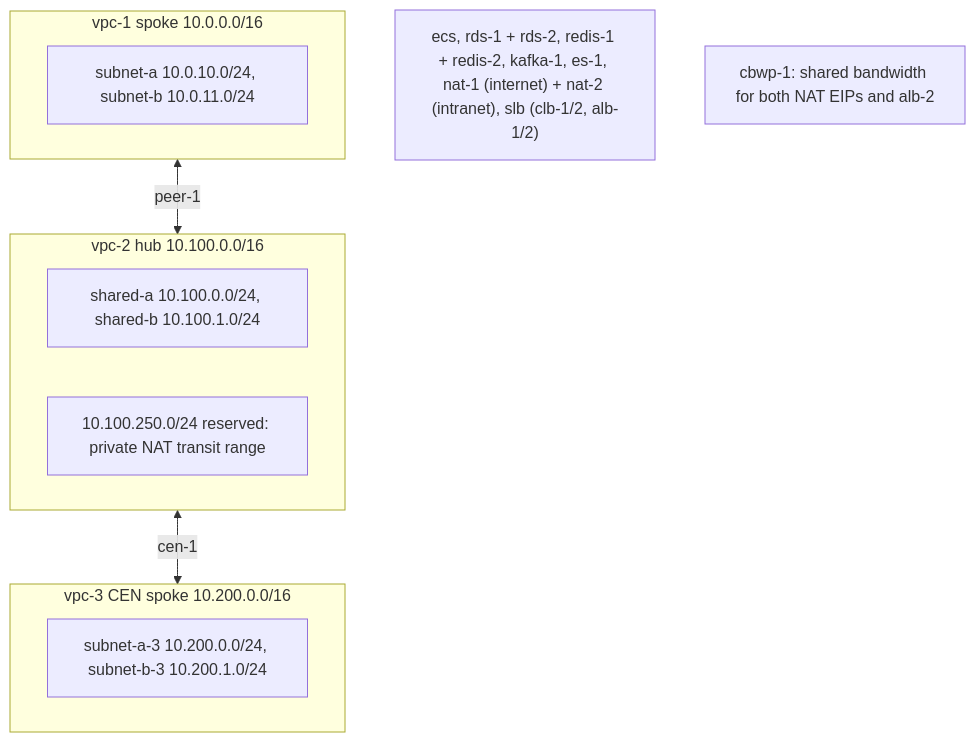
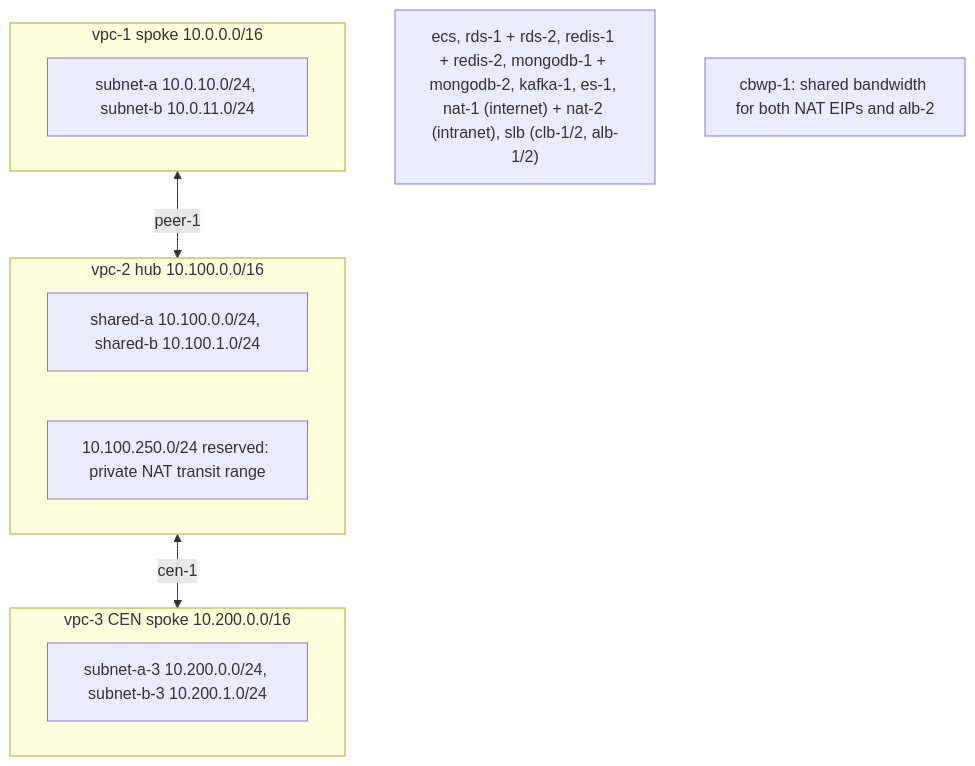
One commit to dimaskiddo/tofu-alibaba changed the diagram in deploy/example-stage/README.md. Above: the diagram before and after it, drawn with Mermaid. The commit also changed other lines of this file and 23 other files, not shown here.

````diff
--- a/deploy/example-stage/README.md
+++ b/deploy/example-stage/README.md
@@ -18,17 +18,17 @@
 ```mermaid
 flowchart TD
     subgraph V1["vpc-1 spoke 10.0.0.0/16"]
         S1["subnet-a 10.0.10.0/24, subnet-b 10.0.11.0/24"]
     end
     subgraph V2["vpc-2 hub 10.100.0.0/16"]
         S2["shared-a 10.100.0.0/24, shared-b 10.100.1.0/24"]
         RES["10.100.250.0/24 reserved: private NAT transit range"]
     end
     subgraph V3["vpc-3 CEN spoke 10.200.0.0/16"]
         S3["subnet-a-3 10.200.0.0/24, subnet-b-3 10.200.1.0/24"]
     end
     V1 <-->|"peer-1"| V2
     V2 <-->|"cen-1"| V3
-    WL["ecs, rds-1 + rds-2, redis-1 + redis-2, kafka-1, es-1, nat-1 (internet) + nat-2 (intranet), slb (clb-1/2, alb-1/2)"]
+    WL["ecs, rds-1 + rds-2, redis-1 + redis-2, mongodb-1 + mongodb-2, kafka-1, es-1, nat-1 (internet) + nat-2 (intranet), slb (clb-1/2, alb-1/2)"]
     BW["cbwp-1: shared bandwidth for both NAT EIPs and alb-2"]
 ```
````
